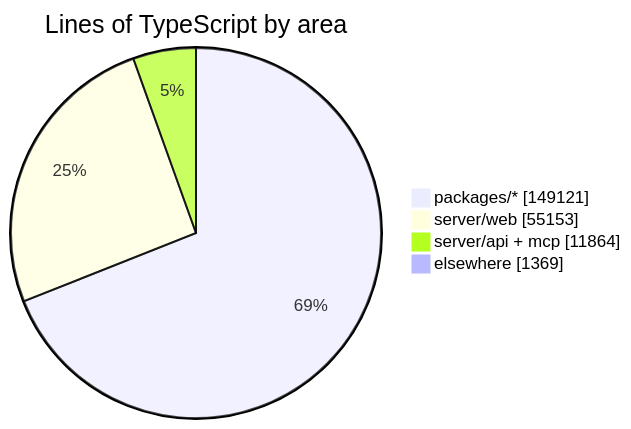
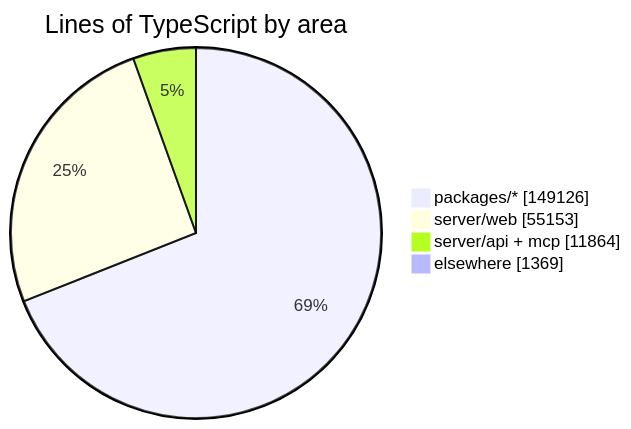
One commit to crossworks-engineering/mantle changed the diagram in README.md. Above: the diagram before and after it, drawn with Mermaid. The commit also changed other lines of this file and 2 other files, not shown here.

````diff
--- a/README.md
+++ b/README.md
@@ -279,7 +279,7 @@
 ```mermaid
 pie showData title Lines of TypeScript by area
-    "packages/*" : 149121
+    "packages/*" : 149126
     "server/web" : 55153
     "server/api + mcp" : 11864
     "elsewhere" : 1369
 ```
````
